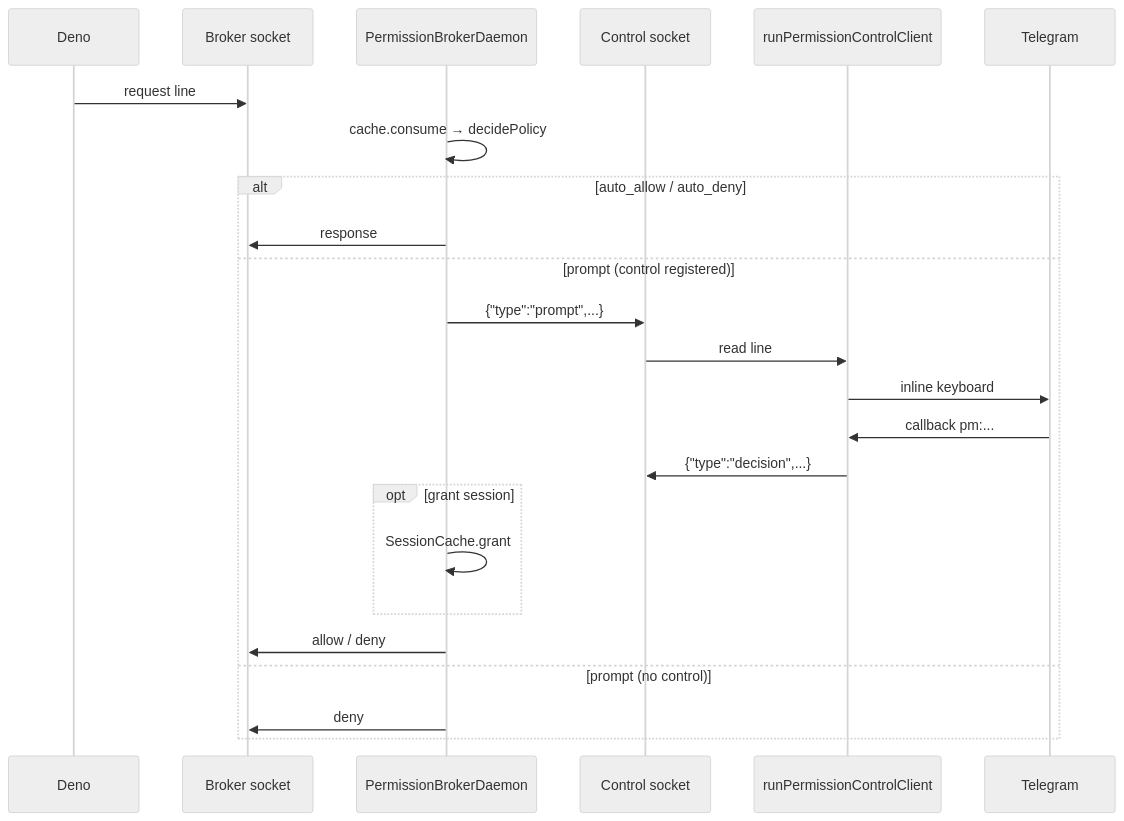
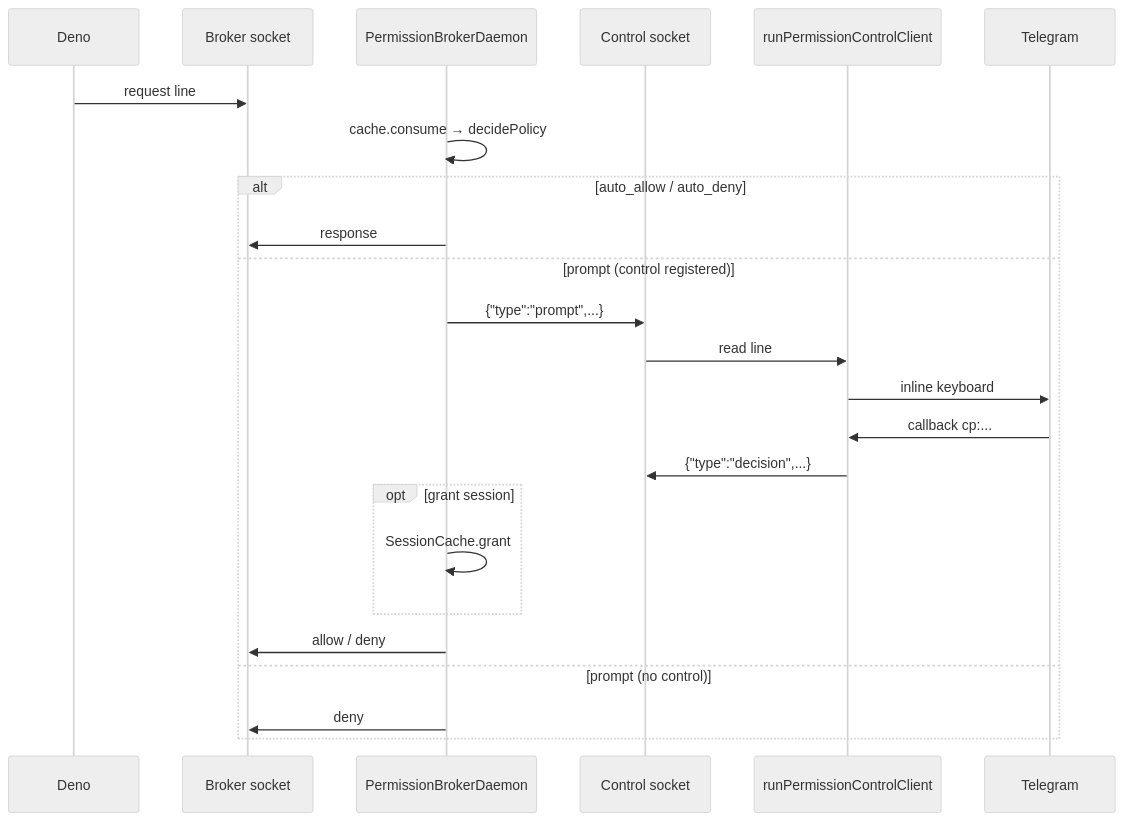
One commit to phughesmcr/deno-ai-agent changed the second of 2 diagrams in src/permission-broker/README.md. Above: the diagram before and after it, drawn with Mermaid (neutral theme). The commit also changed other lines of this file and 173 other files, not shown here.

````diff
--- a/src/permission-broker/README.md
+++ b/src/permission-broker/README.md
@@ -55,27 +55,27 @@
 ```mermaid
 sequenceDiagram
   participant Deno as Deno
   participant Broker as Broker socket
   participant Daemon as PermissionBrokerDaemon
   participant Control as Control socket
   participant Main as runPermissionControlClient
   participant TG as Telegram
 
   Deno->>Broker: request line
   Daemon->>Daemon: cache.consume → decidePolicy
   alt auto_allow / auto_deny
     Daemon->>Broker: response
   else prompt (control registered)
     Daemon->>Control: {"type":"prompt",...}
     Control->>Main: read line
     Main->>TG: inline keyboard
-    TG->>Main: callback pm:...
+    TG->>Main: callback cp:...
     Main->>Control: {"type":"decision",...}
     opt grant session
       Daemon->>Daemon: SessionCache.grant
     end
     Daemon->>Broker: allow / deny
   else prompt (no control)
     Daemon->>Broker: deny
   end
 ```
````
